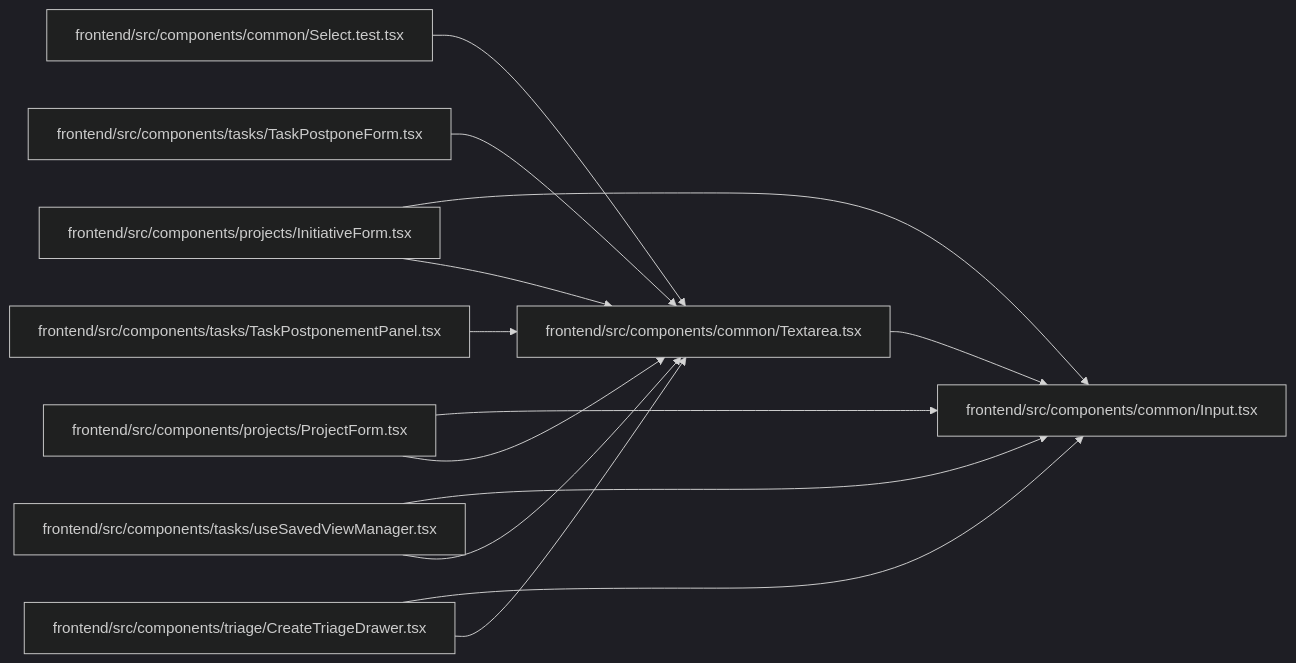
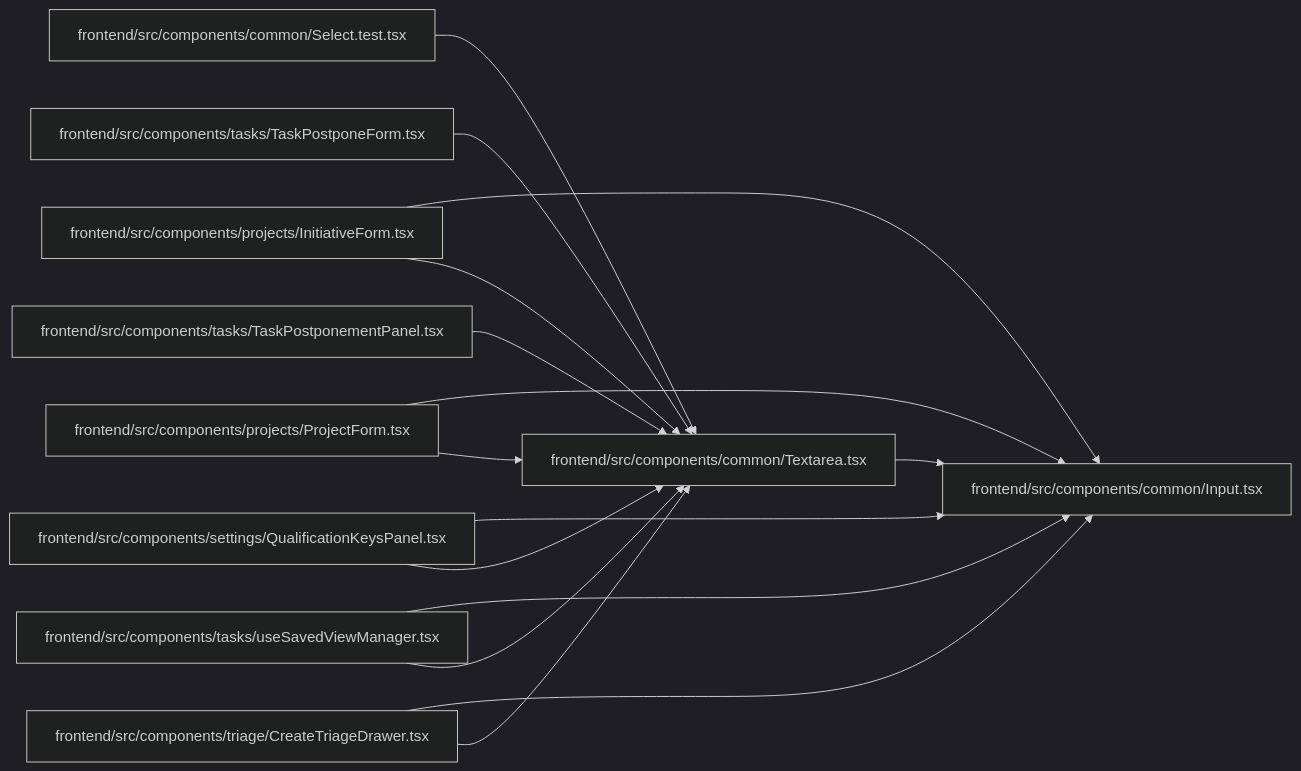
The diagram in docs/llm_wiki/modules/Textarea.md (Denissvgn/WorkChord), drawn with Mermaid (dark theme) before and after one commit. The commit also changed other lines of this file and 911 other files, not shown here.

Commit message:
Sync the architectural wiki for deployment qualification keys

````diff
--- a/docs/llm_wiki/modules/Textarea.md
+++ b/docs/llm_wiki/modules/Textarea.md
@@ -29,33 +29,37 @@
 ```mermaid
 flowchart LR
     n0["frontend/src/components/common/Input.tsx"]
     n1["frontend/src/components/common/Select.test.tsx"]
     n2["frontend/src/components/common/Textarea.tsx"]
     n3["frontend/src/components/projects/InitiativeForm.tsx"]
     n4["frontend/src/components/projects/ProjectForm.tsx"]
-    n5["frontend/src/components/tasks/TaskPostponeForm.tsx"]
-    n6["frontend/src/components/tasks/TaskPostponementPanel.tsx"]
-    n7["frontend/src/components/tasks/useSavedViewManager.tsx"]
-    n8["frontend/src/components/triage/CreateTriageDrawer.tsx"]
+    n5["frontend/src/components/settings/QualificationKeysPanel.tsx"]
+    n6["frontend/src/components/tasks/TaskPostponeForm.tsx"]
+    n7["frontend/src/components/tasks/TaskPostponementPanel.tsx"]
+    n8["frontend/src/components/tasks/useSavedViewManager.tsx"]
+    n9["frontend/src/components/triage/CreateTriageDrawer.tsx"]
     n1 --> n2
     n2 --> n0
     n3 --> n0
     n3 --> n2
     n4 --> n0
     n4 --> n2
+    n5 --> n0
     n5 --> n2
     n6 --> n2
-    n7 --> n0
     n7 --> n2
     n8 --> n0
     n8 --> n2
+    n9 --> n0
+    n9 --> n2
     click n0 "../modules/Input.md"
     click n1 "../modules/Select.test.md"
     click n2 "../modules/Textarea.md"
     click n3 "../modules/InitiativeForm.md"
     click n4 "../modules/ProjectForm.md"
-    click n5 "../modules/TaskPostponeForm.md"
-    click n6 "../modules/TaskPostponementPanel.md"
-    click n7 "../modules/useSavedViewManager.md"
-    click n8 "../modules/CreateTriageDrawer.md"
+    click n5 "../modules/QualificationKeysPanel.md"
+    click n6 "../modules/TaskPostponeForm.md"
+    click n7 "../modules/TaskPostponementPanel.md"
+    click n8 "../modules/useSavedViewManager.md"
+    click n9 "../modules/CreateTriageDrawer.md"
 ```
````
